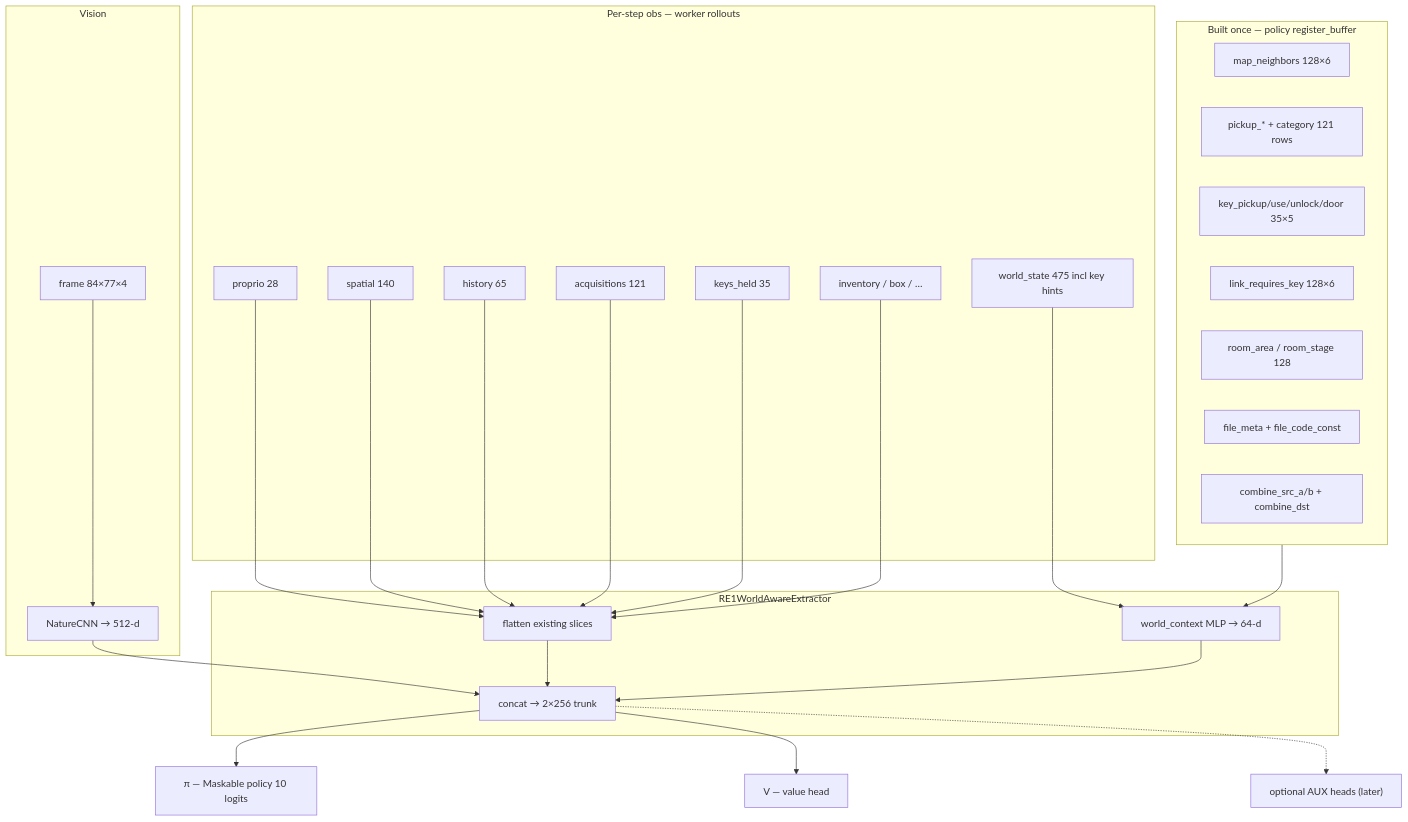
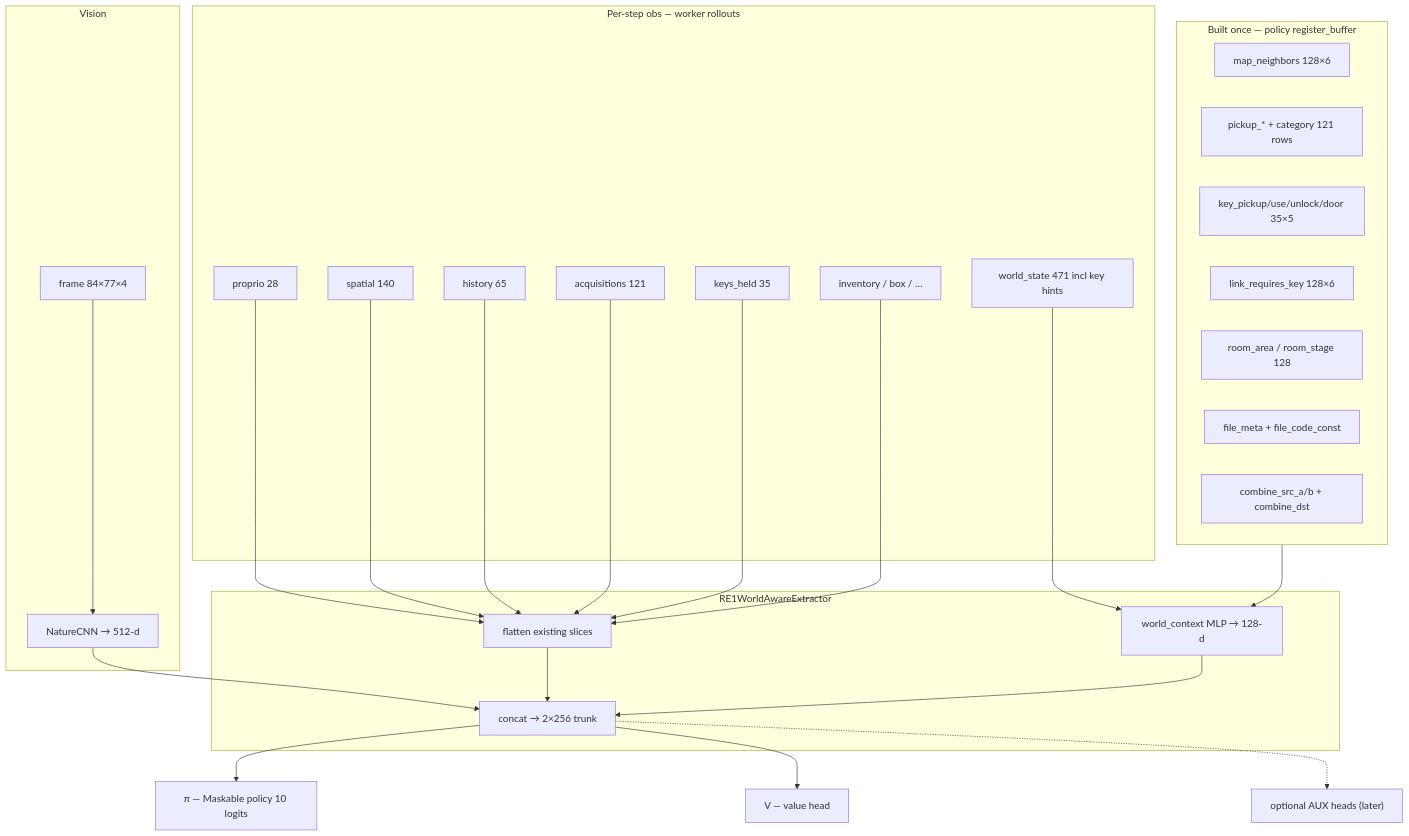
Before and after one commit to SozBroz/re1dc_vs_ppo: the diagram in docs/world_aware_nn_architecture.md, drawn with Mermaid. The commit also changed other lines of this file and 32 other files, not shown here.

````diff
--- a/docs/world_aware_nn_architecture.md
+++ b/docs/world_aware_nn_architecture.md
@@ -20,49 +20,49 @@
 ```mermaid
 flowchart TB
   subgraph pixels [Vision]
     Frame["frame 84×77×4"]
     CNN["NatureCNN → 512-d"]
     Frame --> CNN
   end
 
   subgraph dynamic_obs [Per-step obs — worker rollouts]
-  WS["world_state 475 incl key hints"]
+  WS["world_state 471 incl key hints"]
   Proprio["proprio 28"]
   Spatial["spatial 140"]
   Hist["history 65"]
   Acq["acquisitions 121"]
   Keys["keys_held 35"]
   Inv["inventory / box / …"]
   end
 
   subgraph static [Built once — policy register_buffer]
     Neighbors["map_neighbors 128×6"]
     PickMeta["pickup_* + category 121 rows"]
     KeyBuf["key_pickup/use/unlock/door 35×5"]
     LinkKey["link_requires_key 128×6"]
     Area["room_area / room_stage 128"]
     Files["file_meta + file_code_const"]
     Chem["combine_src_a/b + combine_dst"]
   end
 
   subgraph extractor [RE1WorldAwareExtractor]
     Flat["flatten existing slices"]
-    WorldMLP["world_context MLP → 64-d"]
+    WorldMLP["world_context MLP → 128-d"]
     Fusion["concat → 2×256 trunk"]
   end
 
   CNN --> Fusion
   Flat --> Fusion
   static --> WorldMLP
   WS --> WorldMLP
   Proprio --> Flat
   Spatial --> Flat
   Hist --> Flat
   Acq --> Flat
   Keys --> Flat
   Inv --> Flat
   WorldMLP --> Fusion
   Fusion --> Pi["π — Maskable policy 10 logits"]
   Fusion --> V["V — value head"]
   Fusion -.-> Aux["optional AUX heads (later)"]
 ```
````
